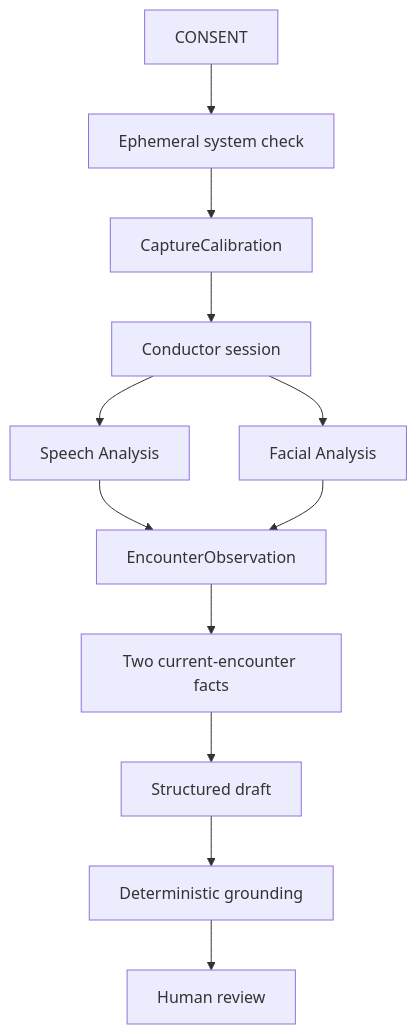
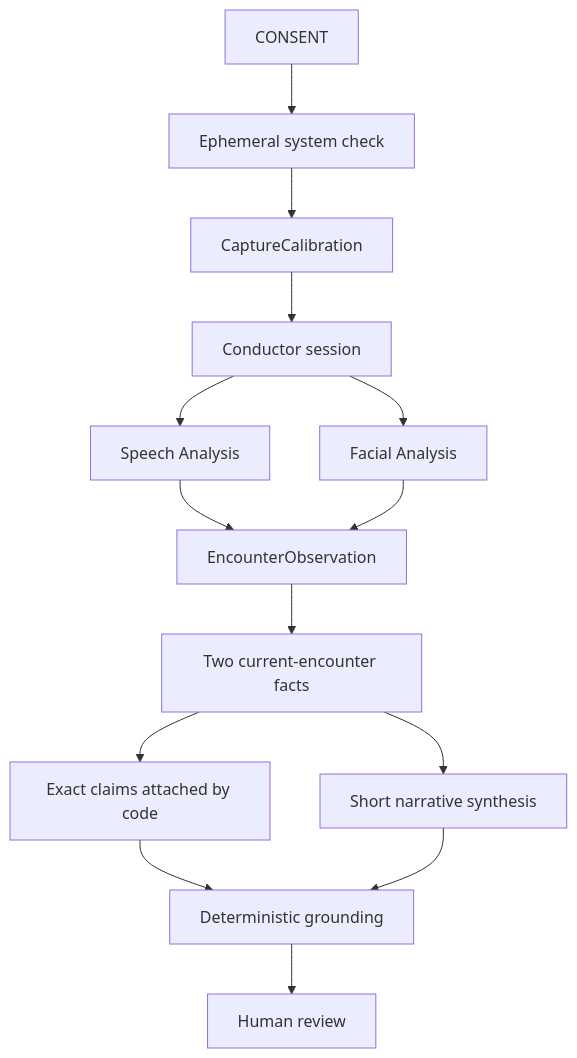
Before and after one commit to logannye/neurotrax: the diagram in docs/architecture.md, drawn with Mermaid. The commit also changed other lines of this file and 18 other files, not shown here.

````diff
--- a/docs/architecture.md
+++ b/docs/architecture.md
@@ -67,14 +71,16 @@
 ```mermaid
 flowchart TD
     CONSENT --> CHECK["Ephemeral system check"]
     CHECK --> CAL["CaptureCalibration"]
     CAL --> SESSION["Conductor session"]
     SESSION --> AUDIO["Speech Analysis"]
     SESSION --> FACE["Facial Analysis"]
     AUDIO --> OBS["EncounterObservation"]
     FACE --> OBS
     OBS --> FACTS["Two current-encounter facts"]
-    FACTS --> DRAFT["Structured draft"]
-    DRAFT --> GROUND["Deterministic grounding"]
+    FACTS --> CLAIMS["Exact claims attached by code"]
+    FACTS --> NARRATIVE["Short narrative synthesis"]
+    CLAIMS --> GROUND["Deterministic grounding"]
+    NARRATIVE --> GROUND
     GROUND --> REVIEW["Human review"]
 ```
````
